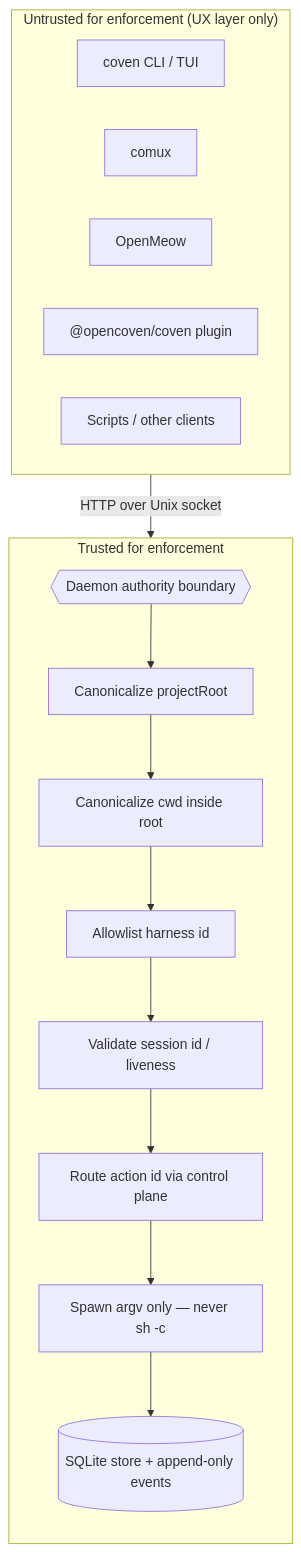
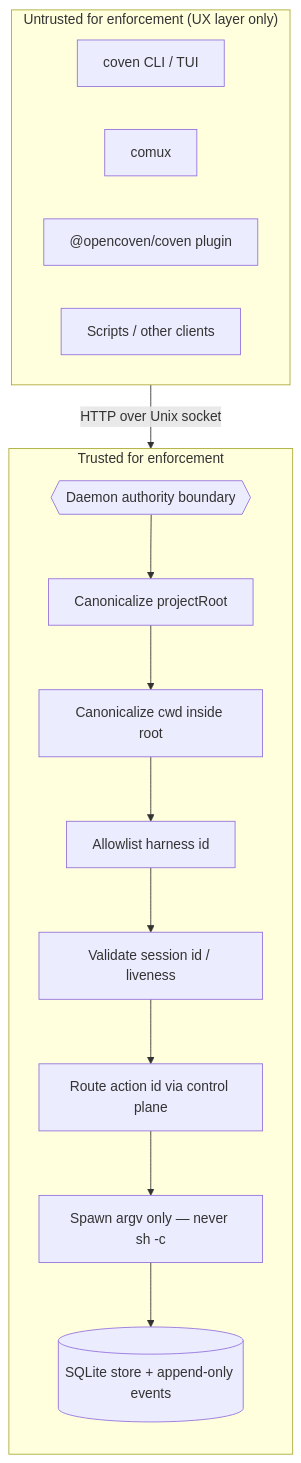
Before and after one commit to OpenCoven/coven-docs: the diagram in content/docs/reference/safety.mdx, drawn with Mermaid. The commit also changed other lines of this file and 8 other files, not shown here.

First line of the commit message:
docs: purge OpenMeow references from coven-docs

````diff
--- a/content/docs/reference/safety.mdx
+++ b/content/docs/reference/safety.mdx
@@ -32,24 +31,23 @@
 ```mermaid
 flowchart TB
   subgraph UntrustedZone["Untrusted for enforcement (UX layer only)"]
     direction LR
     CLI[coven CLI / TUI]
     Comux[comux]
-    Meow[OpenMeow]
     Plugin["@opencoven/coven plugin"]
     Scripts[Scripts / other clients]
   end
 
   UntrustedZone -->|HTTP over Unix socket| Boundary{{Daemon authority boundary}}
 
   subgraph TrustedZone["Trusted for enforcement"]
     direction TB
     Boundary --> ValidateRoot[Canonicalize projectRoot]
     ValidateRoot --> ValidateCwd[Canonicalize cwd inside root]
     ValidateCwd --> AllowHarness[Allowlist harness id]
     AllowHarness --> ValidateSession[Validate session id / liveness]
     ValidateSession --> RouteAction[Route action id via control plane]
     RouteAction --> Spawn[Spawn argv only — never sh -c]
     Spawn --> Store[(SQLite store + append-only events)]
   end
 ```
````
